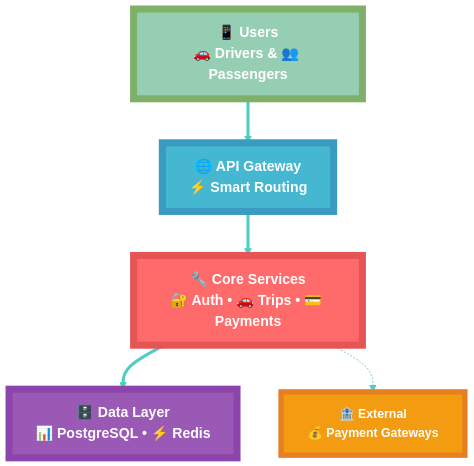
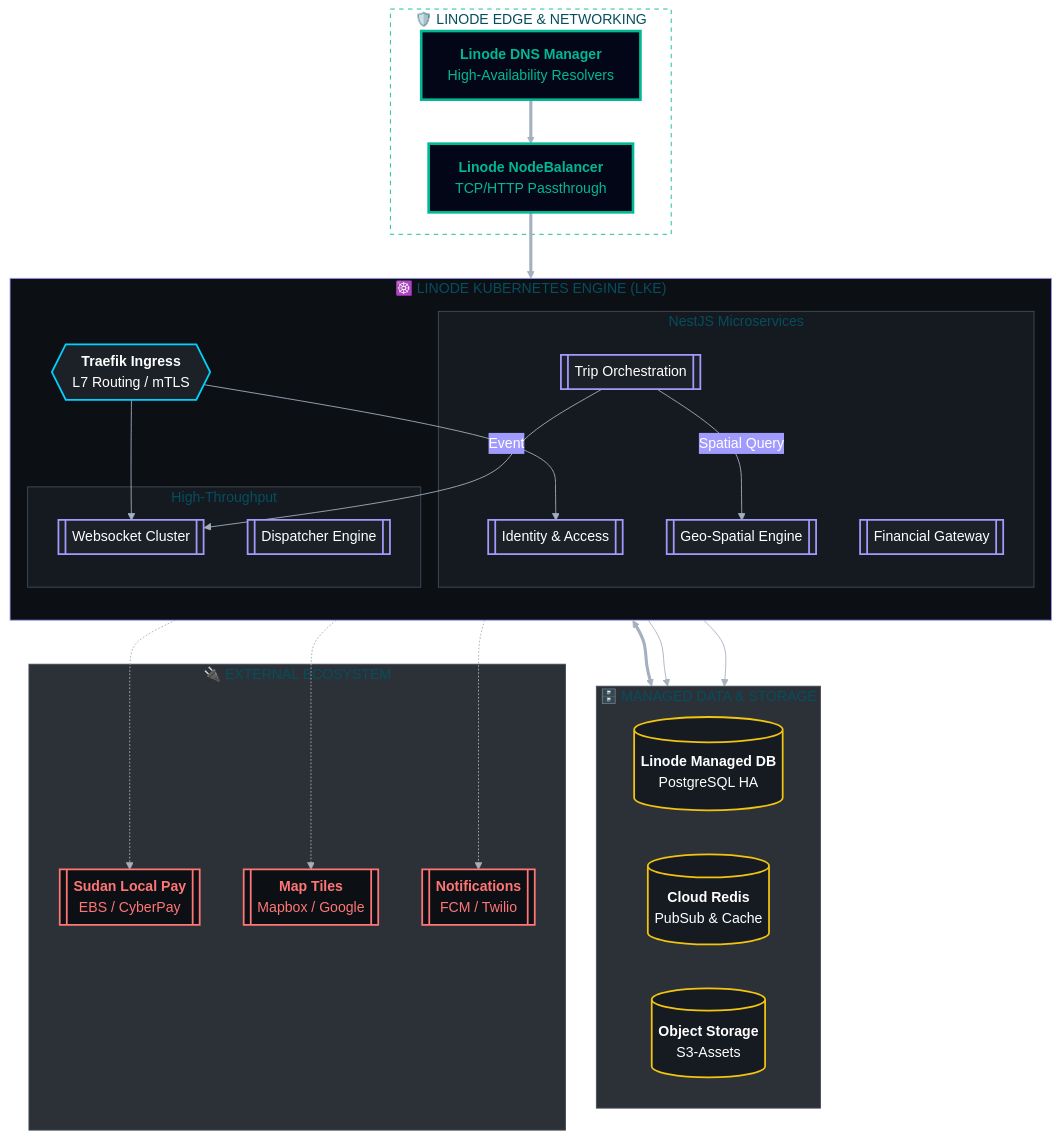
The fourth of 6 diagrams in README.md (abdoElHodaky/transportapp), drawn with Mermaid before and after one commit. The commit also changed other lines of this file, not shown here.

````diff
--- a/README.md
+++ b/README.md
@@ -404,44 +404,82 @@
 ```mermaid
 %%{init: {
   'theme': 'base',
   'themeVariables': {
-    'background': 'transparent',
-    'primaryColor': '#FF6B6B',
-    'primaryTextColor': '#ffffff',
-    'primaryBorderColor': '#E55555',
-    'lineColor': '#4ECDC4',
-    'secondaryColor': '#45B7D1',
-    'tertiaryColor': '#96CEB4'
+    'primaryColor': '#00b894',
+    'primaryTextColor': '#fff',
+    'primaryBorderColor': '#55efc4',
+    'lineColor': '#a4b0be',
+    'secondaryColor': '#a29bfe',
+    'tertiaryColor': '#fab1a0',
+    'background': '#0c1015',
+    'mainBkg': '#161b22',
+    'secondBkg': '#1c2128',
+    'clusterBkg': 'rgba(22, 27, 34, 0.9)',
+    'clusterBorder': '#444c56'
   }
 }}%%
-flowchart TB
-    %% Simplified Architecture Flow
-    USERS["📱 Users<br/>🚗 Drivers & 👥 Passengers"]
+
+graph TB
+    %% --- CLASS DEFINITIONS ---
+    classDef linodeStyle fill:#020617,stroke:#00b894,stroke-width:3px,color:#00b894
+    classDef nodeStyle fill:#1c2128,stroke:#a29bfe,stroke-width:2px,color:#fff
+    classDef storageStyle fill:#161b22,stroke:#f1c40f,stroke-width:2px,color:#fff
+    classDef gatewayStyle fill:#1c2128,stroke:#00d2ff,stroke-width:2px,color:#fff
+    classDef externalStyle fill:#0c1015,stroke:#ff7675,stroke-width:2px,color:#ff7675
+
+    subgraph NETWORK_EDGE ["🛡️ LINODE EDGE & NETWORKING"]
+        DNS_MGR["<b>Linode DNS Manager</b><br/>High-Availability Resolvers"]:::linodeStyle
+        NODE_BALANCER["<b>Linode NodeBalancer</b><br/>TCP/HTTP Passthrough"]:::linodeStyle
+    end
+
+    subgraph COMPUTE_CLUSTER ["☸️ LINODE KUBERNETES ENGINE (LKE)"]
+        direction TB
+        subgraph NESTJS_PODS ["NestJS Microservices"]
+            AUTH_SVC[["Identity & Access"]]:::nodeStyle
+            TRIP_SVC[["Trip Orchestration"]]:::nodeStyle
+            GEO_SVC[["Geo-Spatial Engine"]]:::nodeStyle
+            PAY_SVC[["Financial Gateway"]]:::nodeStyle
+        end
+        
+        TRAEFIK{{"<b>Traefik Ingress</b><br/>L7 Routing / mTLS"}}:::gatewayStyle
+        
+        subgraph REALTIME_PODS ["High-Throughput"]
+            WS_HUB[["Websocket Cluster"]]:::nodeStyle
+            MATCH_ENG[["Dispatcher Engine"]]:::nodeStyle
+        end
+    end
+
+    subgraph STATE_LAYER ["🗄️ MANAGED DATA & STORAGE"]
+        direction LR
+        L_DB[("<b>Linode Managed DB</b><br/>PostgreSQL HA")]:::storageStyle
+        REDIS_IO[("<b>Cloud Redis</b><br/>PubSub & Cache")]:::storageStyle
+        OBJ_STORAGE[("<b>Object Storage</b><br/>S3-Assets")]:::storageStyle
+    end
+
+    subgraph EXT_INTEGRATIONS ["🔌 EXTERNAL ECOSYSTEM"]
+        S_PAY[["<b>Sudan Local Pay</b><br/>EBS / CyberPay"]]:::externalStyle
+        MAPS[["<b>Map Tiles</b><br/>Mapbox / Google"]]:::externalStyle
+        PUSH[["<b>Notifications</b><br/>FCM / Twilio"]]:::externalStyle
+    end
+
+    %% --- FLOWS ---
+    DNS_MGR ==> NODE_BALANCER
+    NODE_BALANCER ==> TRAEFIK
+    TRAEFIK --> AUTH_SVC
+    TRAEFIK --> WS_HUB
     
-    API["🌐 API Gateway<br/>⚡ Smart Routing"]
+    TRIP_SVC -- "Spatial Query" --> GEO_SVC
+    GEO_SVC <==> REDIS_IO
     
-    SERVICES["🔧 Core Services<br/>🔐 Auth • 🚗 Trips • 💳 Payments"]
+    NESTJS_PODS --> L_DB
+    NESTJS_PODS --> OBJ_STORAGE
     
-    DATA["🗄️ Data Layer<br/>📊 PostgreSQL • ⚡ Redis"]
-    
-    EXTERNAL["🏦 External<br/>💰 Payment Gateways"]
-    
-    %% Eye-catching connections
-    USERS ==> API
-    API ==> SERVICES
-    SERVICES ==> DATA
-    SERVICES -.-> EXTERNAL
-    
-    %% Distinguished Eye-catching Styling
-    classDef users fill:#96CEB4,stroke:#7FB069,stroke-width:8px,color:#ffffff,font-weight:bold,font-size:16px
-    classDef api fill:#45B7D1,stroke:#3A9BC1,stroke-width:8px,color:#ffffff,font-weight:bold,font-size:16px
-    classDef services fill:#FF6B6B,stroke:#E55555,stroke-width:8px,color:#ffffff,font-weight:bold,font-size:16px
-    classDef data fill:#9B59B6,stroke:#8E44AD,stroke-width:8px,color:#ffffff,font-weight:bold,font-size:16px
-    classDef external fill:#F39C12,stroke:#E67E22,stroke-width:6px,color:#ffffff,font-weight:bold,font-size:14px
-    
-    class USERS users
-    class API api
-    class SERVICES services
-    class DATA data
-    class EXTERNAL external
+    PAY_SVC -.-> S_PAY
+    GEO_SVC -.-> MAPS
+    TRIP_SVC -- "Event" --> WS_HUB
+    WS_HUB -.-> PUSH
+
+    %% --- STYLING ---
+    style NETWORK_EDGE fill:none,stroke:#00b894,stroke-dasharray: 5 5
+    style COMPUTE_CLUSTER fill:#0c1015,stroke:#a29bfe,stroke-width:1px
 ```
````
